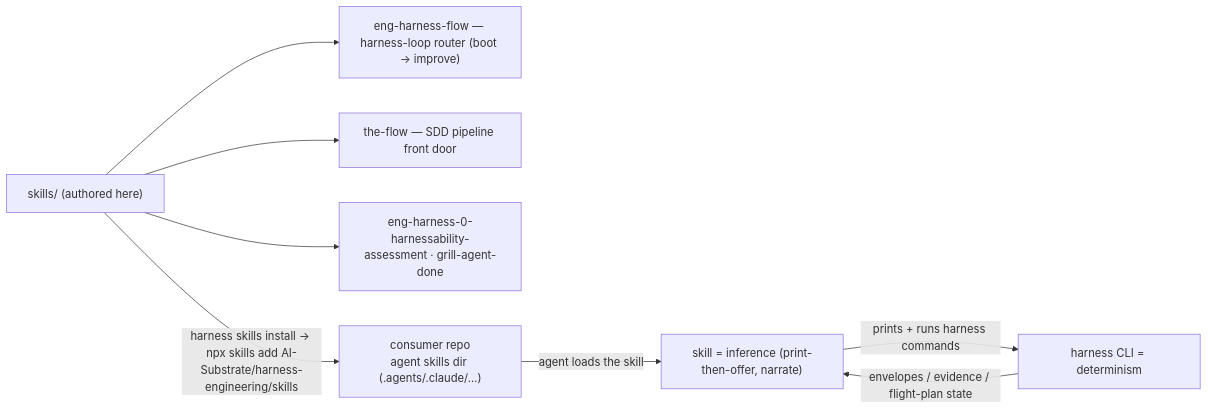
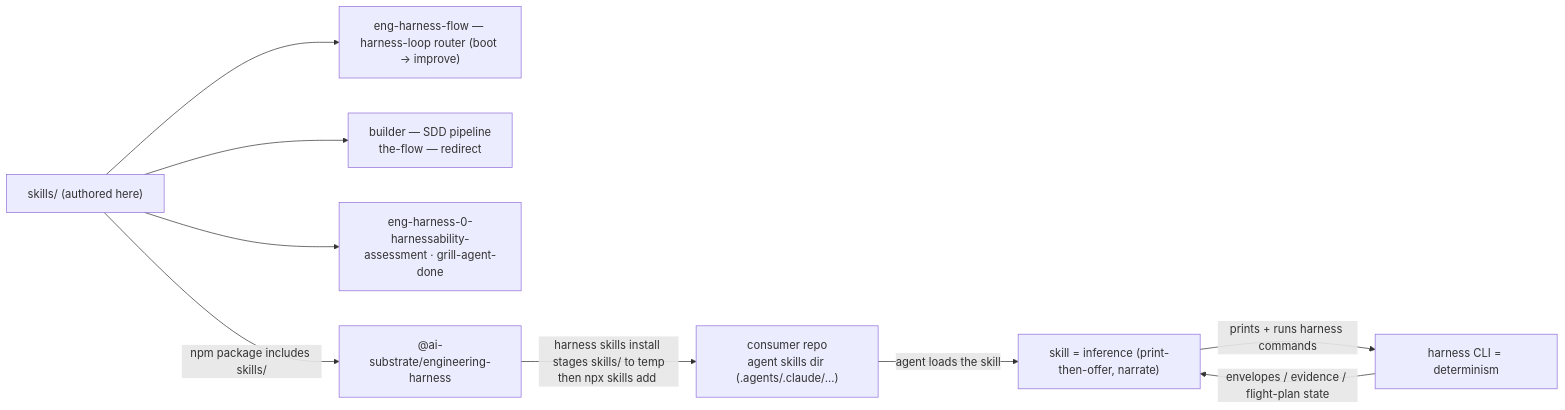
The eighth of 9 diagrams in docs/how/detailed-system-overview.md (AI-Substrate/harness-engineering), drawn with Mermaid before and after one commit. The commit also changed other lines of this file and 54 other files, not shown here.

First line of the commit message:
feat(skills): vendor `builder` flow + bake skills for GitHub-free install

````diff
--- a/docs/how/detailed-system-overview.md
+++ b/docs/how/detailed-system-overview.md
@@ -394,11 +394,12 @@
 ```mermaid
 flowchart LR
     SRC["skills/ (authored here)"]
     SRC --> S1["eng-harness-flow — harness-loop router (boot → improve)"]
-    SRC --> S2["the-flow — SDD pipeline front door"]
+    SRC --> S2["builder — SDD pipeline<br/>the-flow — redirect"]
     SRC --> S3["eng-harness-0-harnessability-assessment · grill-agent-done"]
-    SRC -->|"harness skills install → npx skills add AI-Substrate/harness-engineering/skills"| DEST["consumer repo<br/>agent skills dir (.agents/.claude/...)"]
+    SRC -->|"npm package includes skills/"| PKG["@ai-substrate/engineering-harness"]
+    PKG -->|"harness skills install stages skills/ to temp<br/>then npx skills add <tempdir>"| DEST["consumer repo<br/>agent skills dir (.agents/.claude/...)"]
     DEST -->|"agent loads the skill"| DRIVE["skill = inference (print-then-offer, narrate)"]
     DRIVE -->|"prints + runs harness commands"| CLI2["harness CLI = determinism"]
     CLI2 -->|"envelopes / evidence / flight-plan state"| DRIVE
 ```
````
